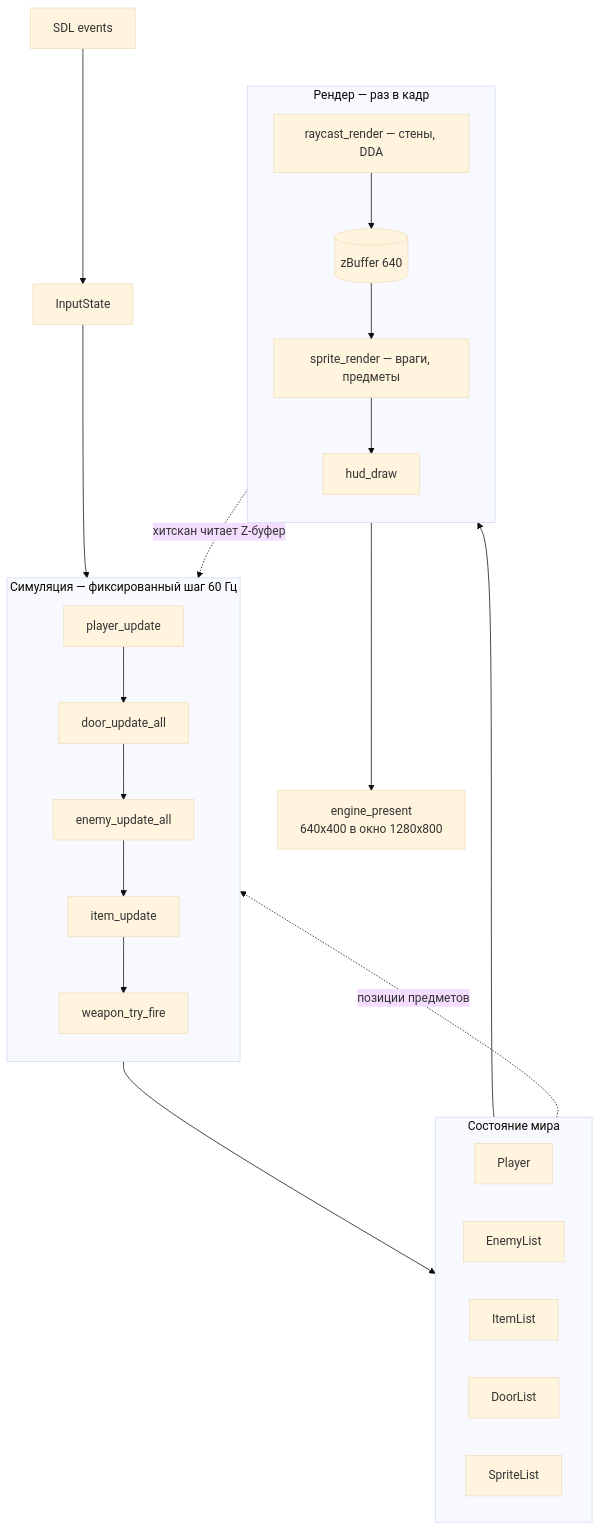
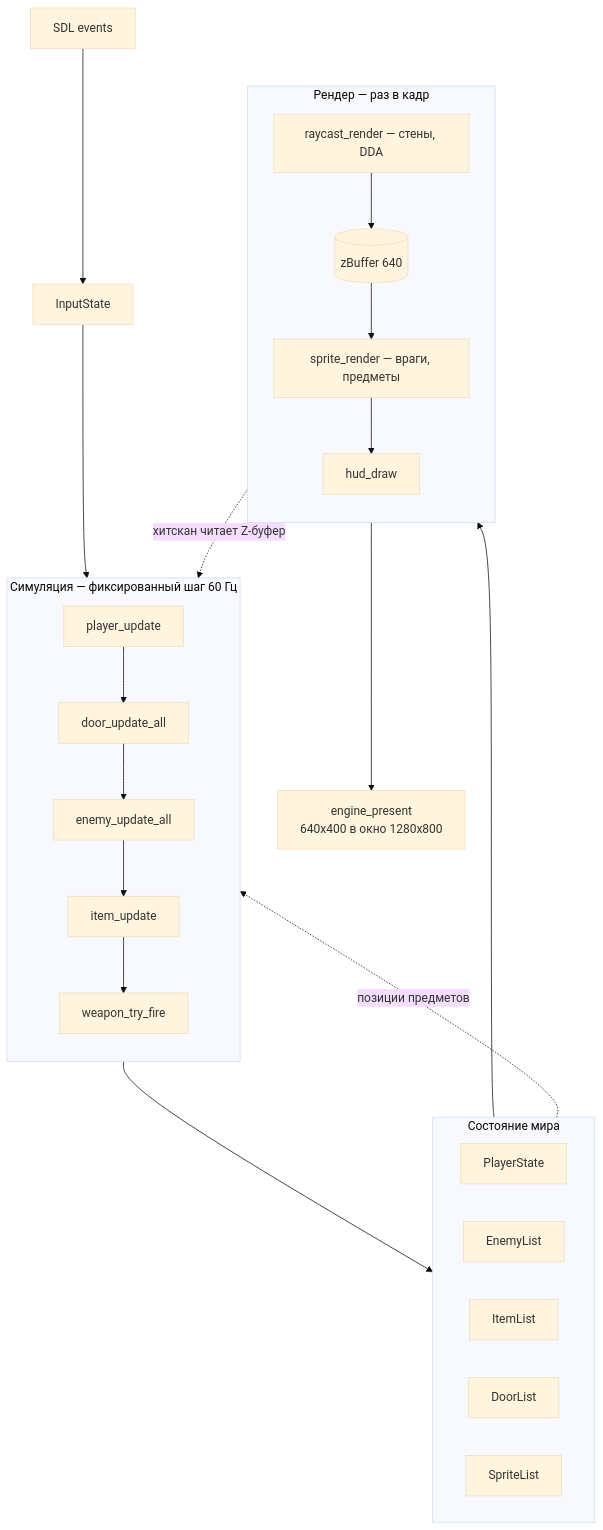
Before and after one commit to AlexEr92/doom-clone: the diagram in docs/architecture.md, drawn with Mermaid (base theme). The commit also changed other lines of this file and 24 other files, not shown here.

````diff
--- a/docs/architecture.md
+++ b/docs/architecture.md
@@ -33,36 +33,36 @@
 ```mermaid
 flowchart TB
     ev["SDL events"] --> inp["InputState"]
 
     subgraph sim["Симуляция — фиксированный шаг 60 Гц"]
         direction TB
         pl["player_update"] --> dr["door_update_all"]
         dr --> en["enemy_update_all"]
         en --> it["item_update"]
         it --> wp["weapon_try_fire"]
     end
 
     subgraph st["Состояние мира"]
         direction LR
-        sp1["Player"]
+        sp1["PlayerState"]
         sp2["EnemyList"]
         sp3["ItemList"]
         sp4["DoorList"]
         sp5["SpriteList"]
     end
 
     subgraph rnd["Рендер — раз в кадр"]
         direction TB
         rc["raycast_render — стены, DDA"] --> zb[("zBuffer 640")]
         zb --> spr["sprite_render — враги, предметы"]
         spr --> hud["hud_draw"]
     end
 
     inp --> sim
     sim --> st
     st --> rnd
     hud --> pres["engine_present<br/>640x400 в окно 1280x800"]
 
     zb -. "хитскан читает Z-буфер" .-> wp
     sp5 -. "позиции предметов" .-> it
 ```
````
